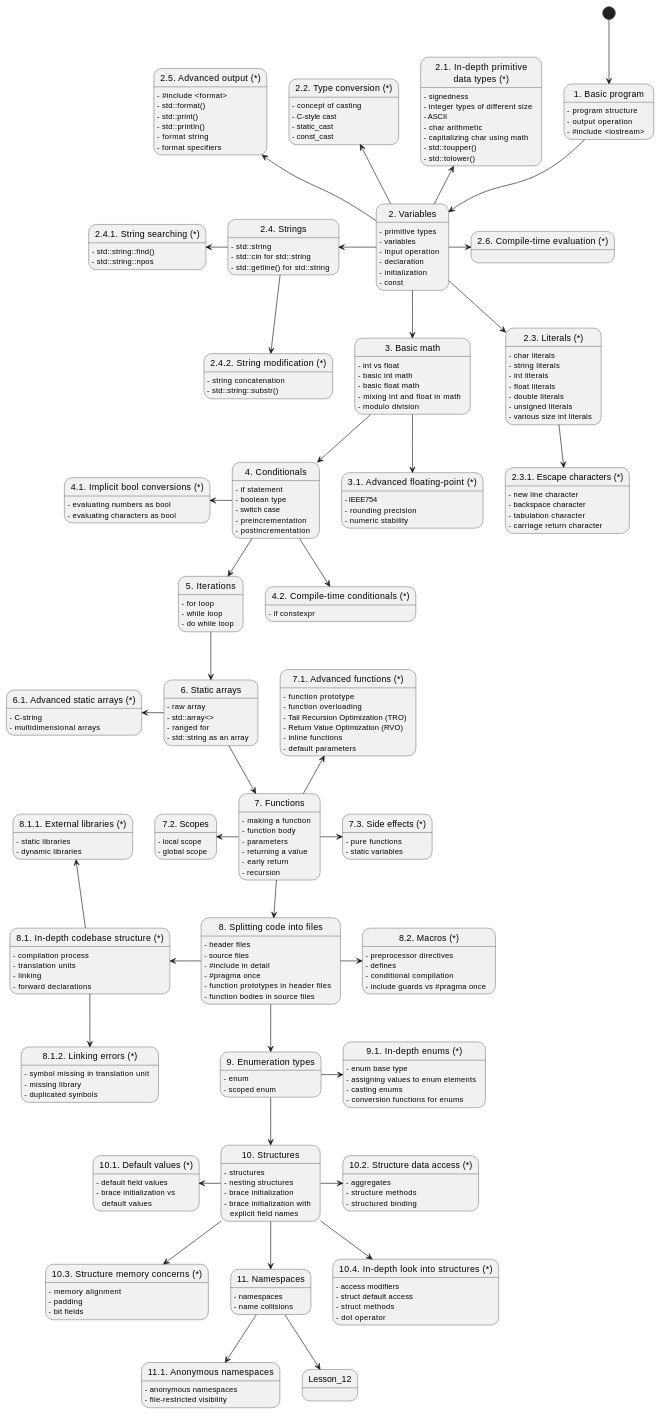
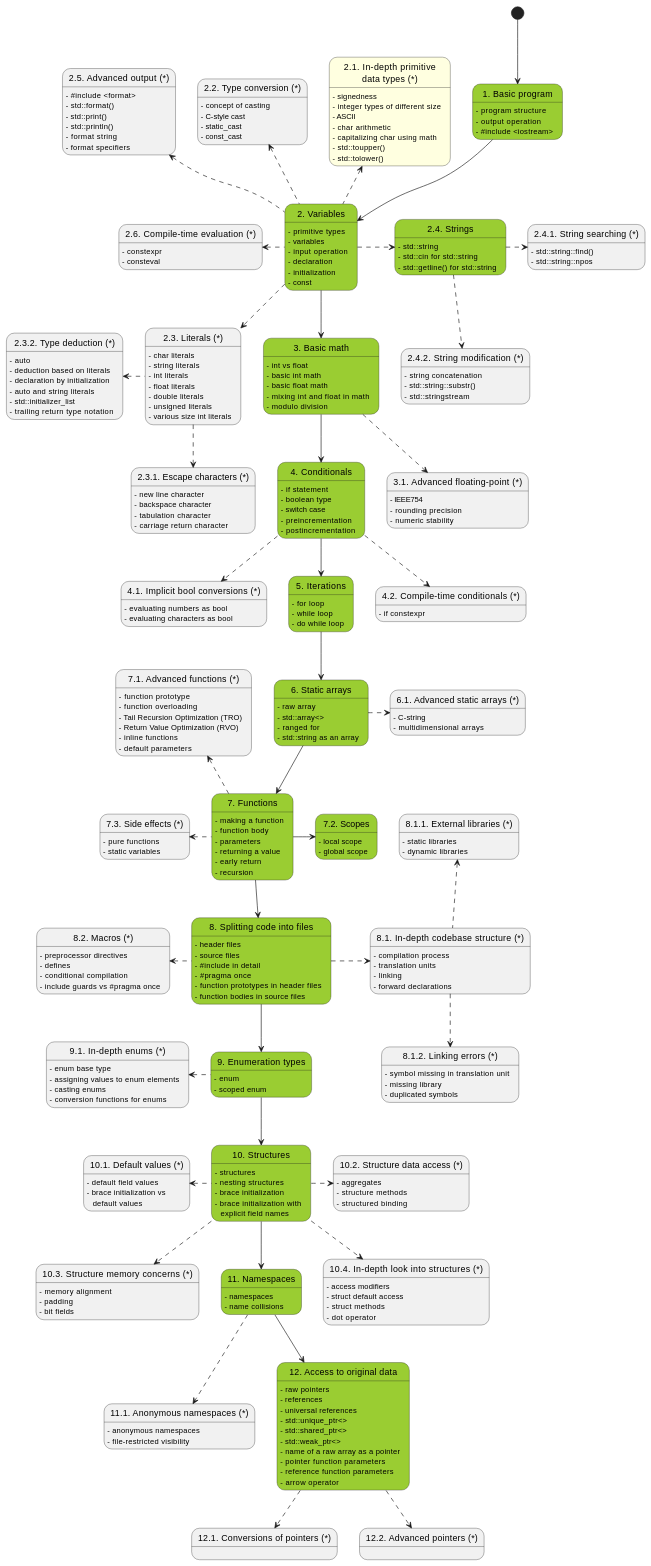
The diagram in markdown/Cpp/Roadmap.md (KacperWojciechowski/KacperWojciechowski.github.io), drawn with PlantUML before and after one commit.

````diff
--- a/markdown/Cpp/Roadmap.md
+++ b/markdown/Cpp/Roadmap.md
@@ -3,100 +3,110 @@
 ```plantuml
-state "1. Basic program" as Lesson_1
 
-state "2. Variables" as Lesson_2
-state "2.1. In-depth primitive\ndata types (*)" as Lesson_2_1
+
+state "1. Basic program" as Lesson_1 #YellowGreen
+state "2. Variables" as Lesson_2 #YellowGreen
+state "2.1. In-depth primitive\ndata types (*)" as Lesson_2_1 #LightYellow
 state "2.2. Type conversion (*)" as Lesson_2_2
 state "2.3. Literals (*)" as Lesson_2_3
 state "2.3.1. Escape characters (*)" as Lesson_2_3_1
-state "2.4. Strings" as Lesson_2_4
+state "2.3.2. Type deduction (*)" as Lesson_2_3_2
+state "2.4. Strings" as Lesson_2_4 #YellowGreen
+state "2.5. Advanced output (*)" as Lesson_2_5
 state "2.4.1. String searching (*)" as Lesson_2_4_1
 state "2.4.2. String modification (*)" as Lesson_2_4_2
-state "3. Basic math" as Lesson_3
-state "2.5. Advanced output (*)" as Lesson_2_5
+state "3. Basic math" as Lesson_3 #YellowGreen
 state "2.6. Compile-time evaluation (*)" as Lesson_2_6
 
 
-state "4. Conditionals" as Lesson_4
 state "3.1. Advanced floating-point (*)" as Lesson_3_1
-state "5. Iterations" as Lesson_5
+state "4. Conditionals" as Lesson_4 #YellowGreen
 state "4.1. Implicit bool conversions (*)" as Lesson_4_1
+state "5. Iterations" as Lesson_5 #YellowGreen
 state "4.2. Compile-time conditionals (*)" as Lesson_4_2
 
 
-state "6. Static arrays" as Lesson_6
+state "6. Static arrays" as Lesson_6 #YellowGreen
 state "6.1. Advanced static arrays (*)" as Lesson_6_1
 
-state "7. Functions" as Lesson_7
+state "7. Functions" as Lesson_7 #YellowGreen
 state "7.1. Advanced functions (*)" as Lesson_7_1
-state "7.2. Scopes" as Lesson_7_2
+state "7.2. Scopes" as Lesson_7_2 #YellowGreen
 state "7.3. Side effects (*)" as Lesson_7_3
 
-state "8. Splitting code into files" as Lesson_8
+state "8. Splitting code into files" as Lesson_8 #YellowGreen
 state "8.1. In-depth codebase structure (*)" as Lesson_8_1
 state "8.1.1. External libraries (*)" as Lesson_8_1_1
 state "8.1.2. Linking errors (*)" as Lesson_8_1_2
 state "8.2. Macros (*)" as Lesson_8_2
 
-state "9. Enumeration types" as Lesson_9
+state "9. Enumeration types" as Lesson_9 #YellowGreen
 state "9.1. In-depth enums (*)" as Lesson_9_1
 
-state "10. Structures" as Lesson_10
+state "10. Structures" as Lesson_10 #YellowGreen
 state "10.1. Default values (*)" as Lesson_10_1
 state "10.2. Structure data access (*)" as Lesson_10_2
 state "10.3. Structure memory concerns (*)" as Lesson_10_3
-state "11. Namespaces" as Lesson_11
+state "11. Namespaces" as Lesson_11 #YellowGreen
 state "10.4. In-depth look into structures (*)" as Lesson_10_4
 
-state "11.1. Anonymous namespaces" as Lesson_11_1
+state "11.1. Anonymous namespaces (*)" as Lesson_11_1
+
+state "12. Access to original data" as Lesson_12 #YellowGreen
+state "12.1. Conversions of pointers (*)" as Lesson_12_1
+state "12.2. Advanced pointers (*)" as Lesson_12_2
 
 [*] -down-> Lesson_1
 Lesson_1 -down-> Lesson_2
 
 Lesson_2 -down-> Lesson_3
-Lesson_2 -up-> Lesson_2_1
-Lesson_2 -up-> Lesson_2_2
-Lesson_2 -down-> Lesson_2_3
-Lesson_2 -left-> Lesson_2_4
-Lesson_2 -up-> Lesson_2_5
-Lesson_2 -right-> Lesson_2_6
-Lesson_2_3 -down-> Lesson_2_3_1
-Lesson_2_4 -left-> Lesson_2_4_1
-Lesson_2_4 -down-> Lesson_2_4_2
+Lesson_2 -up[dashed]-> Lesson_2_1
+Lesson_2 -up[dashed]-> Lesson_2_2
+Lesson_2 -down[dashed]-> Lesson_2_3
+Lesson_2 -right[dashed]-> Lesson_2_4
+Lesson_2 -up[dashed]-> Lesson_2_5
+Lesson_2 -left[dashed]-> Lesson_2_6
+Lesson_2_3 -down[dashed]-> Lesson_2_3_1
+Lesson_2_3 -left[dashed]-> Lesson_2_3_2
+Lesson_2_4 -right[dashed]-> Lesson_2_4_1
+Lesson_2_4 -down[dashed]-> Lesson_2_4_2
 
 Lesson_3 -down-> Lesson_4
-Lesson_3 -down-> Lesson_3_1
+Lesson_3 -down[dashed]-> Lesson_3_1
 
 Lesson_4 -down-> Lesson_5
-Lesson_4 -left-> Lesson_4_1
-Lesson_4 -down-> Lesson_4_2
+Lesson_4 -down[dashed]-> Lesson_4_1
+Lesson_4 -down[dashed]-> Lesson_4_2
 
 Lesson_5 -down-> Lesson_6
 
 Lesson_6 -down-> Lesson_7
-Lesson_6 -left-> Lesson_6_1
+Lesson_6 -right[dashed]-> Lesson_6_1
 
 Lesson_7 -down-> Lesson_8
-Lesson_7 -up-> Lesson_7_1
-Lesson_7 -left-> Lesson_7_2
-Lesson_7 -right-> Lesson_7_3
+Lesson_7 -up[dashed]-> Lesson_7_1
+Lesson_7 -right-> Lesson_7_2
+Lesson_7 -left[dashed]-> Lesson_7_3
 
 Lesson_8 -down-> Lesson_9
-Lesson_8 -left-> Lesson_8_1
-Lesson_8 -right->Lesson_8_2
-Lesson_8_1 -up-> Lesson_8_1_1
-Lesson_8_1 -down-> Lesson_8_1_2
+Lesson_8 -right[dashed]-> Lesson_8_1
+Lesson_8 -left[dashed]->Lesson_8_2
+Lesson_8_1 -up[dashed]-> Lesson_8_1_1
+Lesson_8_1 -down[dashed]-> Lesson_8_1_2
 
 Lesson_9 -down-> Lesson_10
-Lesson_9 -right-> Lesson_9_1
+Lesson_9 -left[dashed]-> Lesson_9_1
 
 Lesson_10 -down-> Lesson_11
-Lesson_10 -left-> Lesson_10_1
-Lesson_10 -right-> Lesson_10_2
-Lesson_10 -down-> Lesson_10_3
-Lesson_10 -down-> Lesson_10_4
+Lesson_10 -left[dashed]-> Lesson_10_1
+Lesson_10 -right[dashed]-> Lesson_10_2
+Lesson_10 -down[dashed]-> Lesson_10_3
+Lesson_10 -down[dashed]-> Lesson_10_4
 
 Lesson_11 -down-> Lesson_12
-Lesson_11 -down-> Lesson_11_1
+Lesson_11 -down[dashed]-> Lesson_11_1
+
+Lesson_12 -down[dashed]->Lesson_12_1
+Lesson_12 -down[dashed]->Lesson_12_2
 
 
 Lesson_1 : - program structure
@@ -136,6 +146,13 @@
 Lesson_2_3_1 : - tabulation character
 Lesson_2_3_1 : - carriage return character
 
+Lesson_2_3_2 : - auto
+Lesson_2_3_2 : - deduction based on literals
+Lesson_2_3_2 : - declaration by initialization
+Lesson_2_3_2 : - auto and string literals
+Lesson_2_3_2 : - std::initializer_list
+Lesson_2_3_2 : - trailing return type notation
+
 Lesson_2_4 : - std::string
 Lesson_2_4 : - std::cin for std::string
 Lesson_2_4 : - std::getline() for std::string
@@ -145,6 +162,7 @@
 
 Lesson_2_4_2 : - string concatenation
 Lesson_2_4_2 : - std::string::substr()
+Lesson_2_4_2 : - std::stringstream
 
 Lesson_2_5 : - #include <format>
 Lesson_2_5 : - std::format()
@@ -153,6 +171,8 @@
 Lesson_2_5 : - format string
 Lesson_2_5 : - format specifiers
 
+Lesson_2_6 : - constexpr
+Lesson_2_6 : - consteval
 
 Lesson_3 : - int vs float
 Lesson_3 : - basic int math
@@ -265,4 +285,15 @@
 
 Lesson_11_1 : - anonymous namespaces
 Lesson_11_1 : - file-restricted visibility
+
+Lesson_12 : - raw pointers
+Lesson_12 : - references
+Lesson_12 : - universal references
+Lesson_12 : - std::unique_ptr<>
+Lesson_12 : - std::shared_ptr<>
+Lesson_12 : - std::weak_ptr<>
+Lesson_12 : - name of a raw array as a pointer
+Lesson_12 : - pointer function parameters
+Lesson_12 : - reference function parameters
+Lesson_12 : - arrow operator
 ```
````
